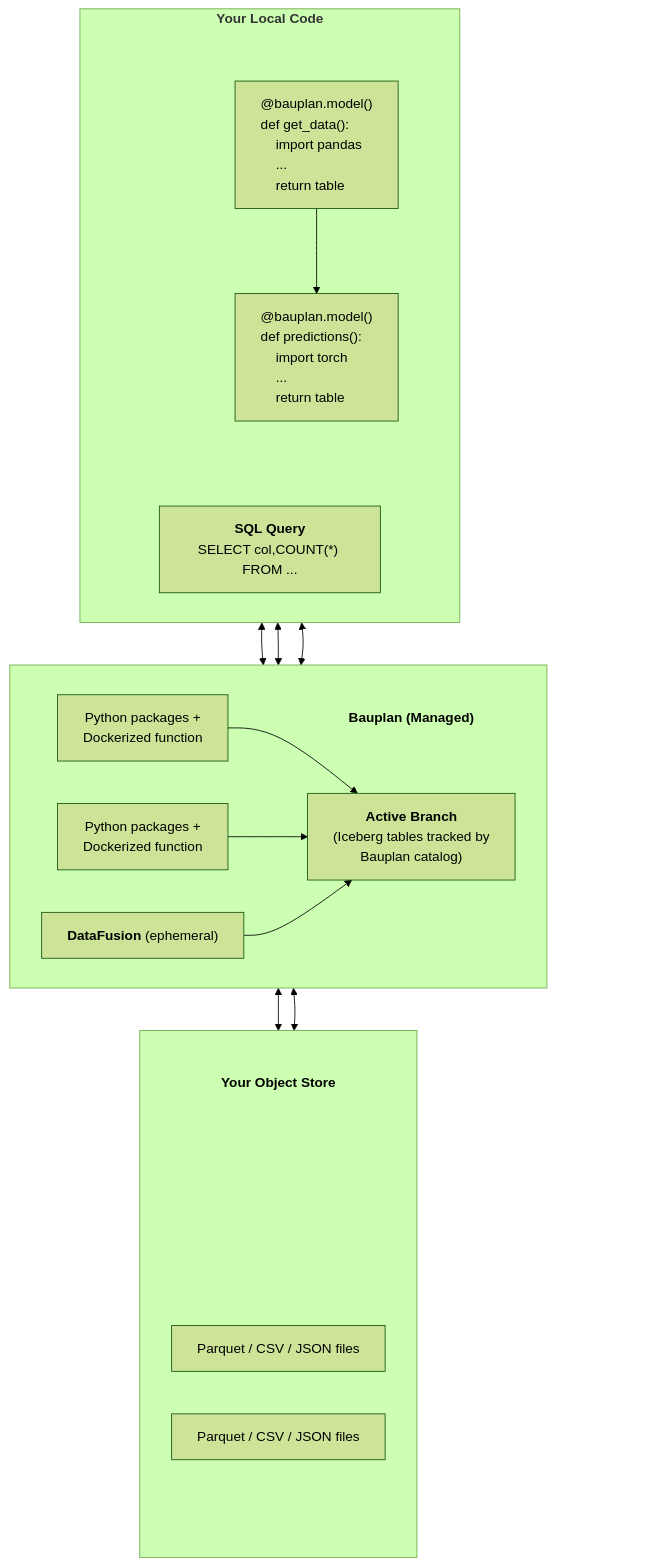
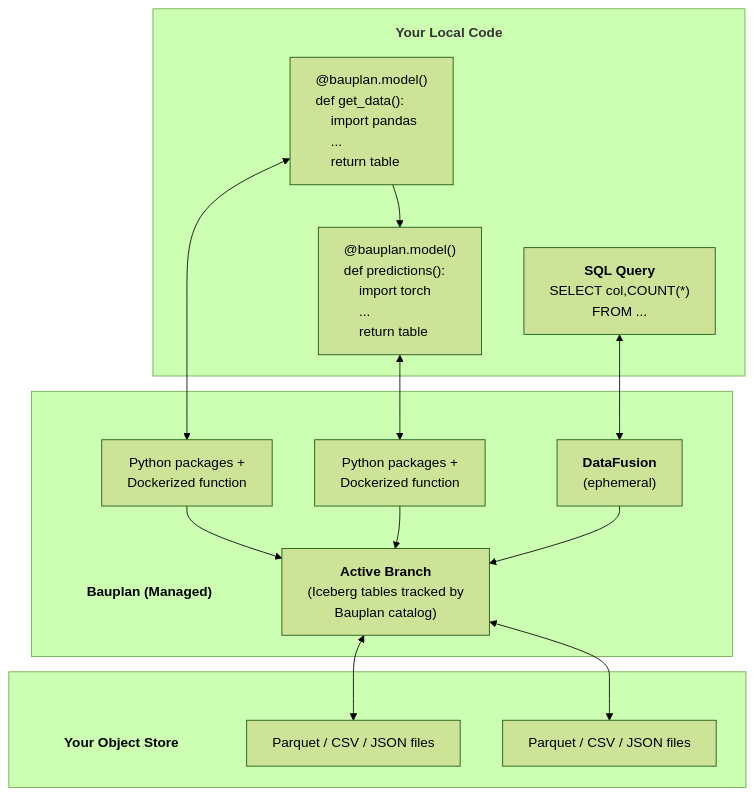
Before and after one commit to BauplanLabs/bauplan: the diagram in docs/pages/overview/execution-model.mdx, drawn with Mermaid (forest theme). The commit also changed other lines of this file and 1 other file, not shown here.

Commit message:
docs: update mermaid diagram syntax for mermaid 11.16
Mermaid 11.16 laid out the execution model diagram differently and added
blank space to a label in the deployment diagram. Rewrote both for
11.16 and scaled the diagrams on both pages down to fit the page better.

````diff
--- a/docs/pages/overview/execution-model.mdx
+++ b/docs/pages/overview/execution-model.mdx
@@ -23,61 +25,39 @@
 ```mermaid
+%%{init: {'flowchart': {'subGraphTitleMargin': {'top': 16, 'bottom': 16}}}}%%
 graph TB
+    classDef title fill:none,stroke:none
+    classDef code text-align:left
+
     subgraph local["<b>Your Local Code</b>"]
-        direction LR
-        subgraph ab[" "]
-            K[" "]
-            direction TB
-            A["@bauplan.model()<br/>def get_data():<br/>&nbsp;&nbsp;&nbsp;&nbsp;import pandas<br/>&nbsp;&nbsp;&nbsp;&nbsp;...<br/>&nbsp;&nbsp;&nbsp;&nbsp;return table"]
-            B["@bauplan.model()<br/>def predictions():<br/>&nbsp;&nbsp;&nbsp;&nbsp;import torch<br/>&nbsp;&nbsp;&nbsp;&nbsp;...<br/>&nbsp;&nbsp;&nbsp;&nbsp;return table"]
-            A --> B
-        end
-        C["<b>SQL Query</b><br/>SELECT col,COUNT(*) FROM ..."]
+        getData["@bauplan.model()<br/>def get_data():<br/>&nbsp;&nbsp;&nbsp;&nbsp;import pandas<br/>&nbsp;&nbsp;&nbsp;&nbsp;...<br/>&nbsp;&nbsp;&nbsp;&nbsp;return table"]:::code
+        predictions["@bauplan.model()<br/>def predictions():<br/>&nbsp;&nbsp;&nbsp;&nbsp;import torch<br/>&nbsp;&nbsp;&nbsp;&nbsp;...<br/>&nbsp;&nbsp;&nbsp;&nbsp;return table"]:::code
+        sqlQuery["<b>SQL Query</b><br/>SELECT col,COUNT(*)<br/>FROM ..."]
+        getData --> predictions
     end
 
-    spacerTop1[" "]
-
+    %% The two lower boxes use a text node as their title, so arrows don't cross it.
     subgraph bauplan[" "]
-        direction LR
-        bauplanTitle["<b>Bauplan (Managed)</b>"]
-        D["Python packages +<br/>Dockerized function"]
-        E["Python packages +<br/>Dockerized function"]
-        F["<b>DataFusion</b> (ephemeral)"]
-        G["<b>Active Branch</b><br/>(Iceberg tables tracked by<br/>Bauplan catalog)"]
+        bauplanTitle["<b>Bauplan (Managed)</b>"]:::title
+        pythonRuntime1["Python packages +<br/>Dockerized function"]
+        pythonRuntime2["Python packages +<br/>Dockerized function"]
+        dataFusion["<b>DataFusion</b><br/>(ephemeral)"]
+        activeBranch["<b>Active Branch</b><br/>(Iceberg tables tracked by<br/>Bauplan catalog)"]
     end
 
-    spacerTop2[" "]
-
     subgraph storage[" "]
-        direction LR
-        storageTitle["<b>Your Object Store</b>"]
-        spacerS["<br/><br/>"]
-        J[" "]
-        K[" "]
-        H["Parquet / CSV / JSON files"]
-        I["Parquet / CSV / JSON files"]
-        J[" "]
-        K[" "]
-        Z[" "]
+        storageTitle["<b>Your Object Store</b>"]:::title
+        files1["Parquet / CSV / JSON files"]
+        files2["Parquet / CSV / JSON files"]
     end
 
-    A <--> D
-    B <--> E
-    C <--> F
-    D --> G
-    E --> G
-    F --> G
-    G <--> H
-    G <--> I
+    getData <--> pythonRuntime1
+    predictions <--> pythonRuntime2
+    sqlQuery <--> dataFusion
 
-    style storageTitle fill:none,stroke:none
-    style bauplanTitle fill:none,stroke:none
-    style A text-align:left
-    style B text-align:left
-    style spacerS fill:none,stroke:none
-    style ab fill:none,stroke:none
-    style spacerTop1 fill:none,stroke:none
-    style spacerTop2 fill:none,stroke:none
-    style J fill:none,stroke:none
-    style K fill:none,stroke:none
-    style Z fill:none,stroke:none
+    pythonRuntime1 --> activeBranch
+    pythonRuntime2 --> activeBranch
+    dataFusion --> activeBranch
+
+    activeBranch <--> files1
+    activeBranch <--> files2
 ```
````
